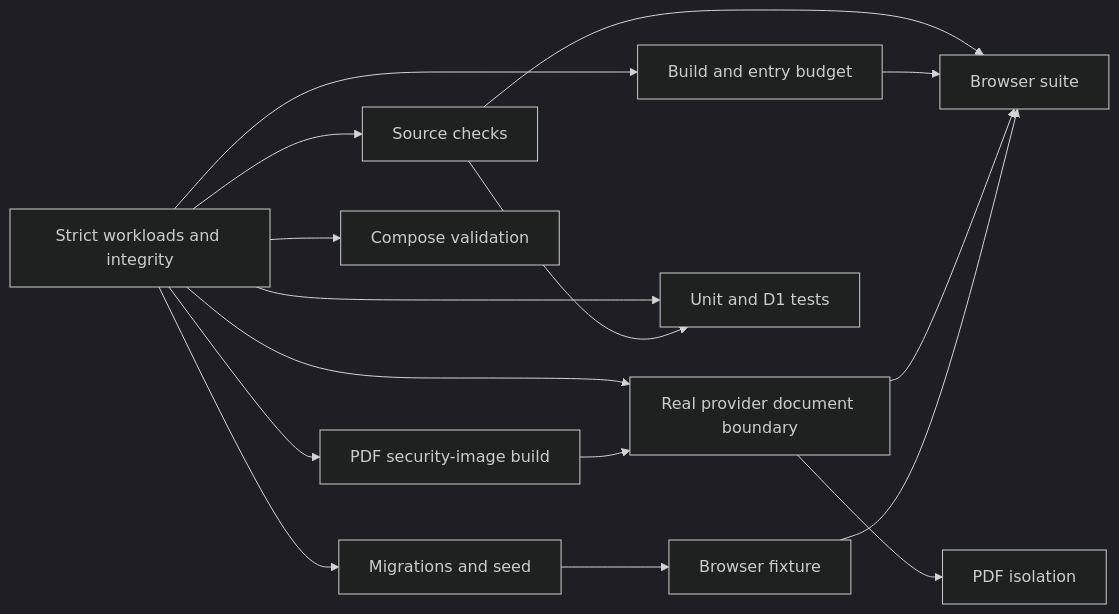
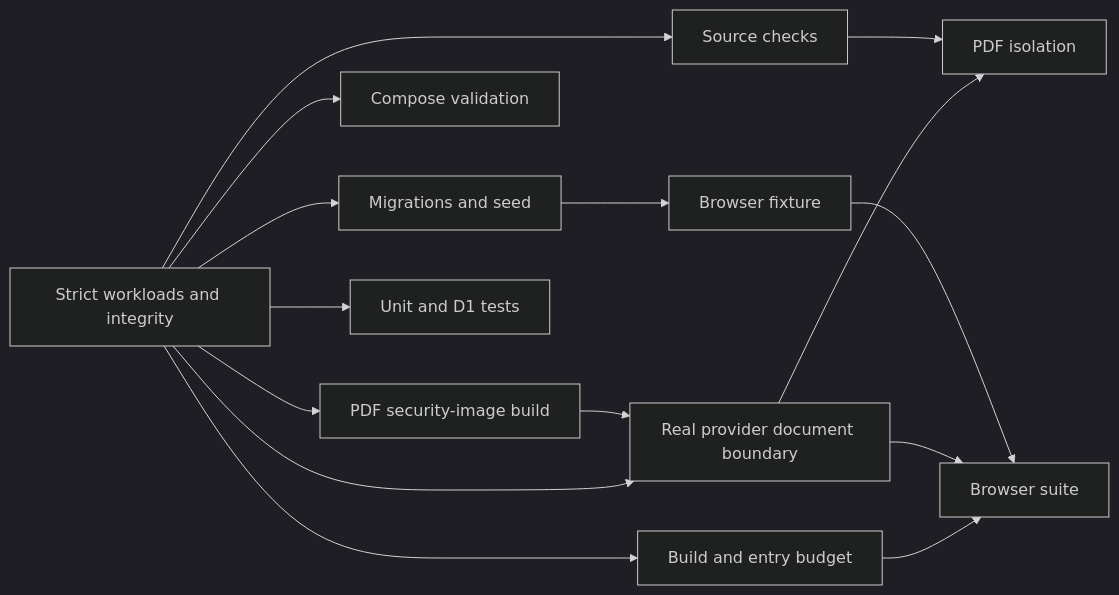
One commit to cyyapye/keel-fi changed the diagram in docs/engineering/ci-performance.md. Above: the diagram before and after it, drawn with Mermaid (dark theme). The commit also changed other lines of this file and 10 other files, not shown here.

````diff
--- a/docs/engineering/ci-performance.md
+++ b/docs/engineering/ci-performance.md
@@ -123,18 +140,17 @@
 ```mermaid
 flowchart LR
   integrity[Strict workloads and integrity] --> source[Source checks]
   integrity --> build[Build and entry budget]
   integrity --> pdfBuild[PDF security-image build]
   integrity --> compose[Compose validation]
   integrity --> migrations[Migrations and seed]
   integrity --> provider[Real provider document boundary]
   pdfBuild --> provider
   provider --> pdf[PDF isolation]
   integrity --> unit[Unit and D1 tests]
-  source --> unit
-  source --> browser
+  source --> pdf
   migrations --> browserFixture[Browser fixture]
   build --> browser[Browser suite]
   provider --> browser
   browserFixture --> browser
 ```
````
